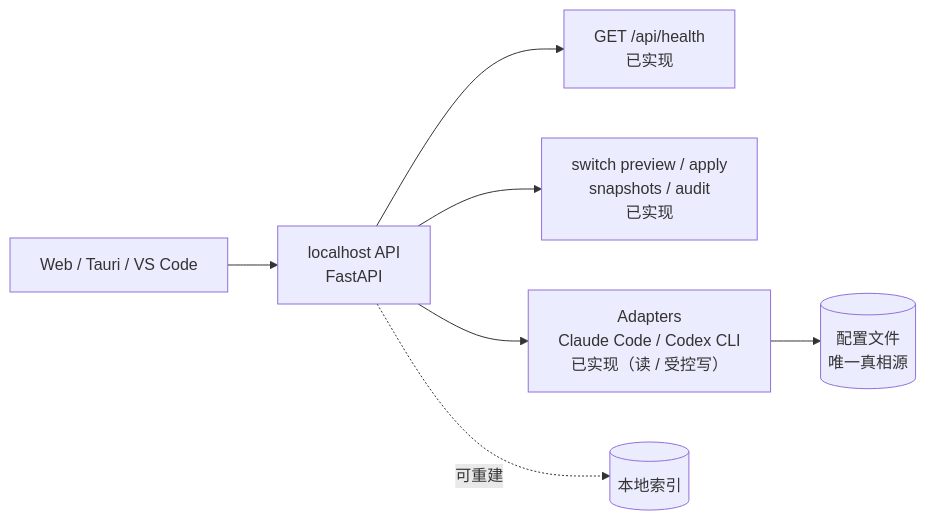
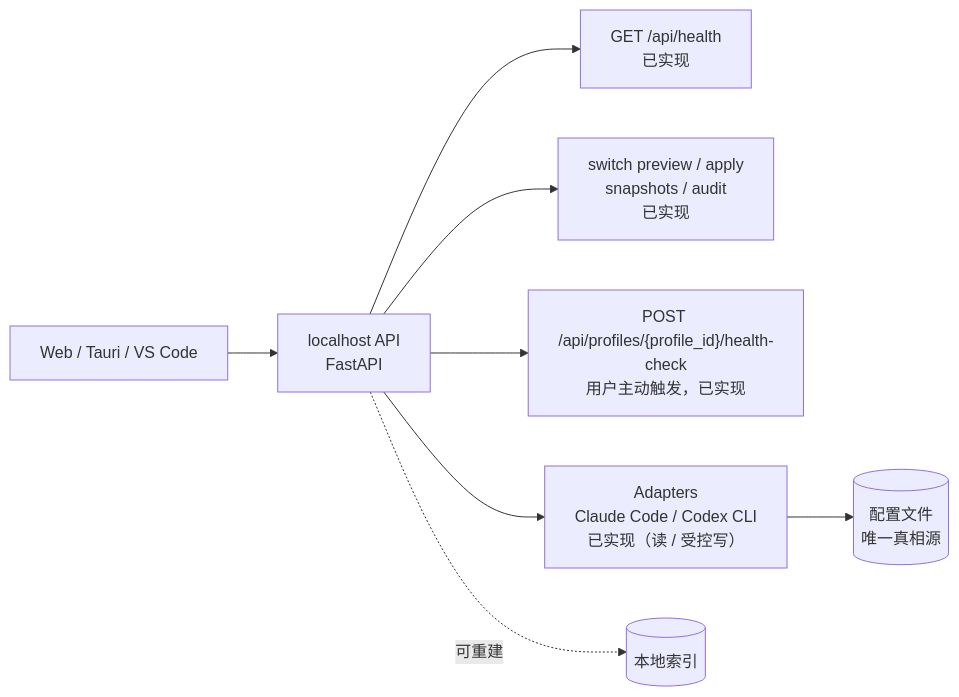
One commit to xming-cell/CC-Roster changed the diagram in README.md. Above: the diagram before and after it, drawn with Mermaid. The commit also changed other lines of this file and 13 other files, not shown here.

````diff
--- a/README.md
+++ b/README.md
@@ -51,9 +52,10 @@
 ```mermaid
 flowchart LR
     UI["Web / Tauri / VS Code"] --> API["localhost API<br/>FastAPI"]
     API --> H["GET /api/health<br/>已实现"]
     API --> SW["switch preview / apply<br/>snapshots / audit<br/>已实现"]
+    API --> HC["POST /api/profiles/{profile_id}/health-check<br/>用户主动触发，已实现"]
     API --> AD["Adapters<br/>Claude Code / Codex CLI<br/>已实现（读 / 受控写）"]
     AD --> CFG[("配置文件<br/>唯一真相源")]
     API -. 可重建 .-> DB[("本地索引")]
 ```
````
